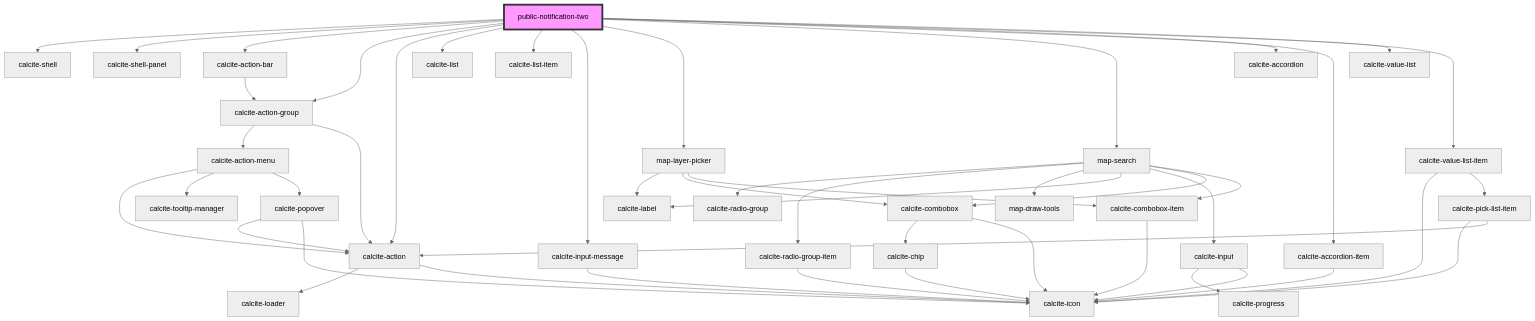
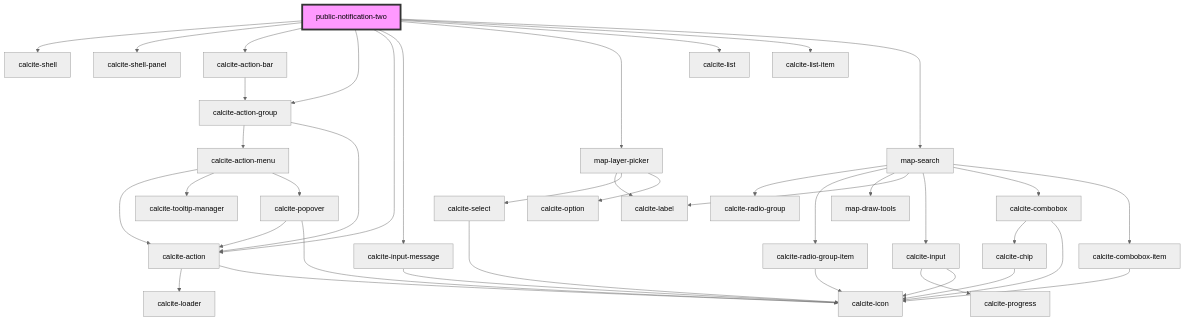
One commit to Esri/solutions-components changed the diagram in src/components/public-notification-two/readme.md. Above: the diagram before and after it, drawn with Mermaid (neutral theme). The commit also changed other lines of this file and 2 other files, not shown here.

````diff
--- a/src/components/public-notification-two/readme.md
+++ b/src/components/public-notification-two/readme.md
@@ -40,51 +34,43 @@
 ```mermaid
 graph TD;
   public-notification-two --> calcite-shell
   public-notification-two --> calcite-shell-panel
   public-notification-two --> calcite-action-bar
   public-notification-two --> calcite-action-group
   public-notification-two --> calcite-action
+  public-notification-two --> calcite-input-message
+  public-notification-two --> map-layer-picker
   public-notification-two --> calcite-list
   public-notification-two --> calcite-list-item
-  public-notification-two --> calcite-input-message
-  public-notification-two --> map-layer-picker
   public-notification-two --> map-search
-  public-notification-two --> calcite-accordion
-  public-notification-two --> calcite-accordion-item
-  public-notification-two --> calcite-value-list
-  public-notification-two --> calcite-value-list-item
   calcite-action-bar --> calcite-action-group
   calcite-action-group --> calcite-action-menu
   calcite-action-group --> calcite-action
   calcite-action-menu --> calcite-action
   calcite-action-menu --> calcite-tooltip-manager
   calcite-action-menu --> calcite-popover
   calcite-action --> calcite-loader
   calcite-action --> calcite-icon
   calcite-popover --> calcite-action
   calcite-popover --> calcite-icon
   calcite-input-message --> calcite-icon
   map-layer-picker --> calcite-label
-  map-layer-picker --> calcite-combobox
-  map-layer-picker --> calcite-combobox-item
-  calcite-combobox --> calcite-chip
-  calcite-combobox --> calcite-icon
-  calcite-chip --> calcite-icon
-  calcite-combobox-item --> calcite-icon
+  map-layer-picker --> calcite-select
+  map-layer-picker --> calcite-option
+  calcite-select --> calcite-icon
   map-search --> calcite-radio-group
   map-search --> calcite-radio-group-item
   map-search --> map-draw-tools
   map-search --> calcite-label
   map-search --> calcite-input
   map-search --> calcite-combobox
   map-search --> calcite-combobox-item
   calcite-radio-group-item --> calcite-icon
   calcite-input --> calcite-progress
   calcite-input --> calcite-icon
-  calcite-accordion-item --> calcite-icon
-  calcite-value-list-item --> calcite-icon
-  calcite-value-list-item --> calcite-pick-list-item
-  calcite-pick-list-item --> calcite-icon
-  calcite-pick-list-item --> calcite-action
+  calcite-combobox --> calcite-chip
+  calcite-combobox --> calcite-icon
+  calcite-chip --> calcite-icon
+  calcite-combobox-item --> calcite-icon
   style public-notification-two fill:#f9f,stroke:#333,stroke-width:4px
 ```
````
